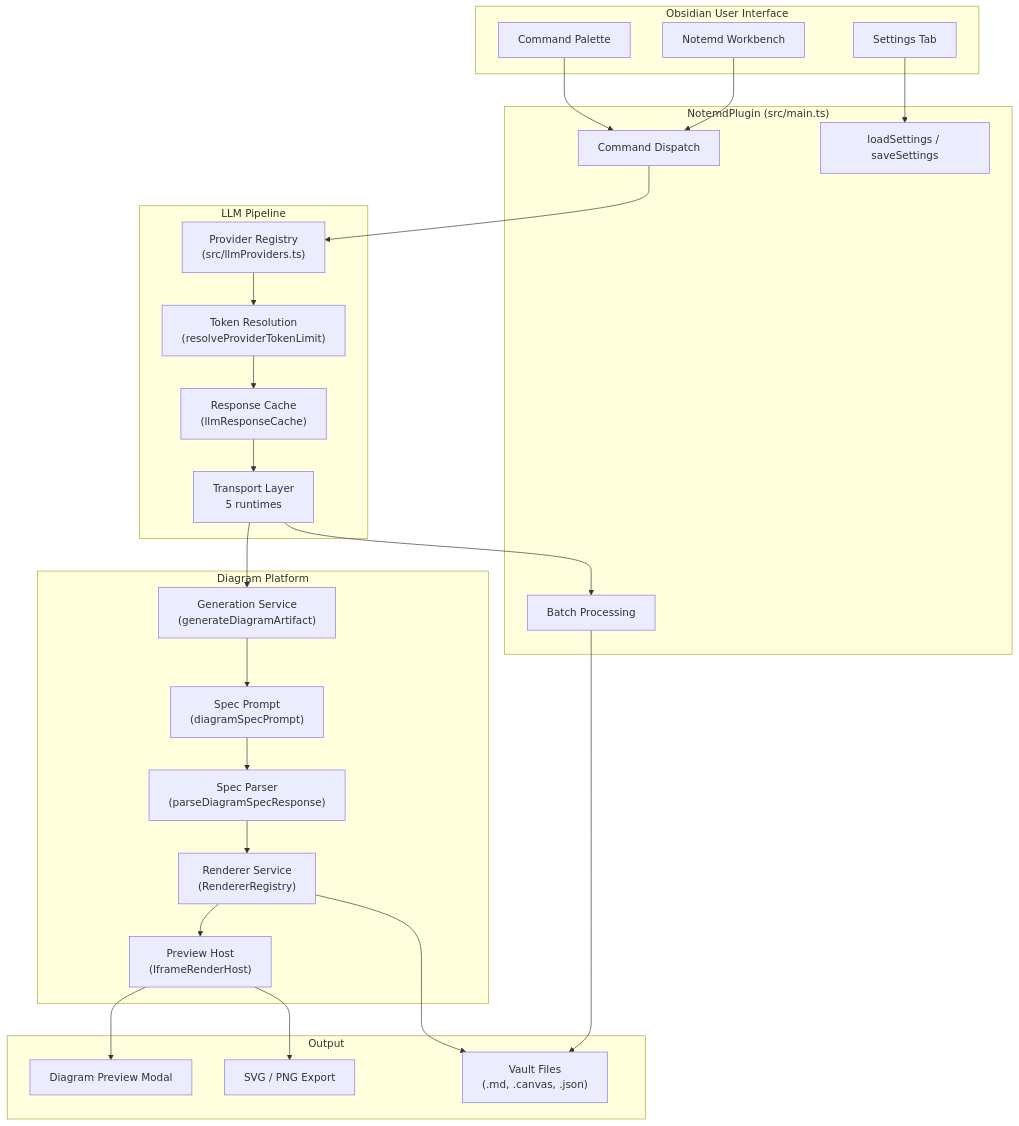
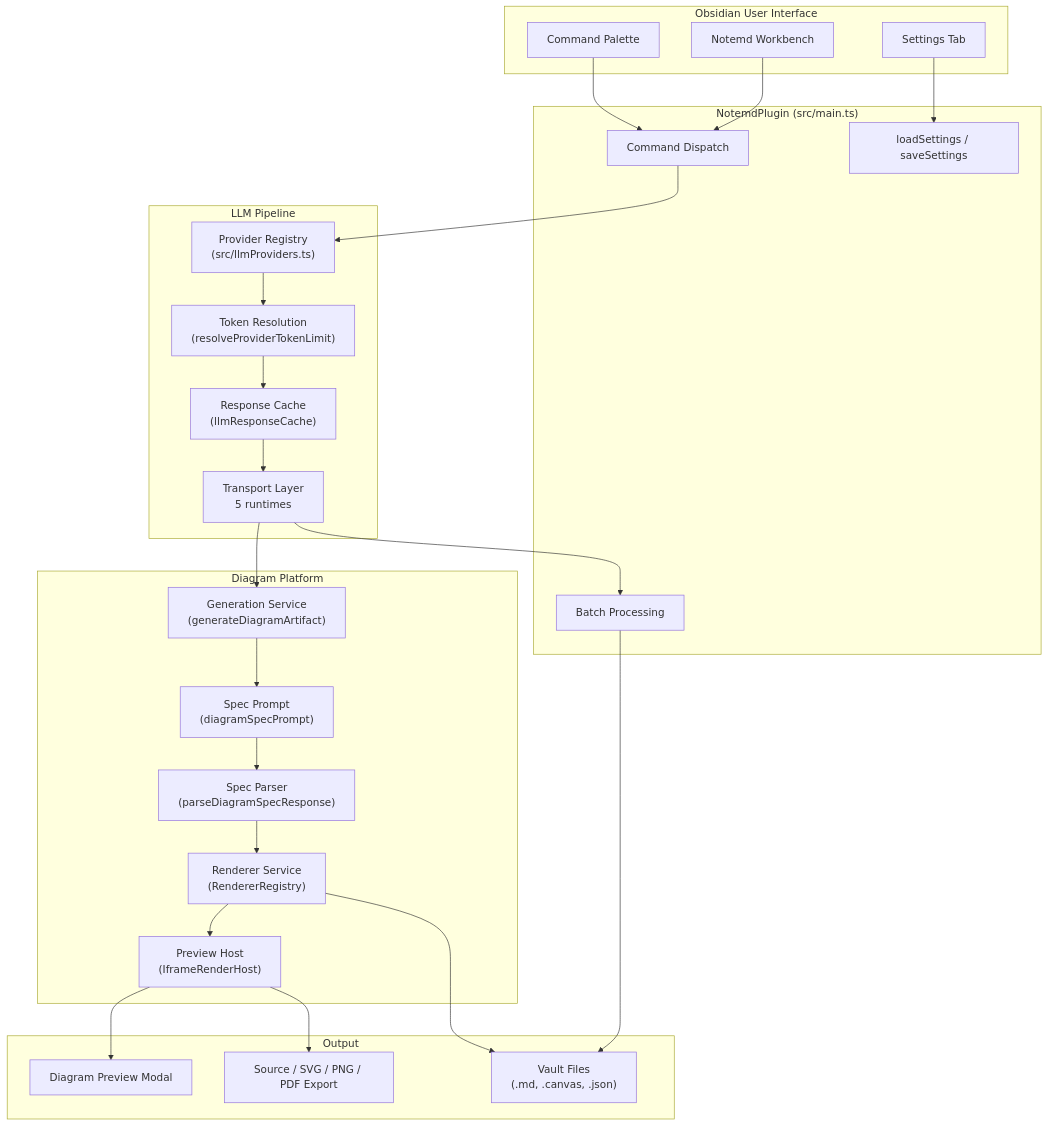
One commit to Jacobinwwey/obsidian-NotEMD changed the first of 3 diagrams in docs/architecture.md. Above: the diagram before and after it, drawn with Mermaid. The commit also changed other lines of this file and 44 other files, not shown here.

First line of the commit message:
fix(diagrams): expose circuitikz render target

````diff
--- a/docs/architecture.md
+++ b/docs/architecture.md
@@ -7,55 +7,55 @@
 ```mermaid
 flowchart TB
     subgraph User["Obsidian User Interface"]
         CMD["Command Palette"]
         SIDEBAR["Notemd Workbench"]
         SETTINGS["Settings Tab"]
     end
 
     subgraph Plugin["NotemdPlugin (src/main.ts)"]
         LOAD["loadSettings / saveSettings"]
         DISPATCH["Command Dispatch"]
         BATCH["Batch Processing"]
     end
 
     subgraph LLM["LLM Pipeline"]
         PROV["Provider Registry<br/>(src/llmProviders.ts)"]
         TOKEN["Token Resolution<br/>(resolveProviderTokenLimit)"]
         CACHE["Response Cache<br/>(llmResponseCache)"]
         TRANS["Transport Layer<br/>5 runtimes"]
     end
 
     subgraph Diagram["Diagram Platform"]
         PROMPT["Spec Prompt<br/>(diagramSpecPrompt)"]
         GEN["Generation Service<br/>(generateDiagramArtifact)"]
         PARSE["Spec Parser<br/>(parseDiagramSpecResponse)"]
         RENDER["Renderer Service<br/>(RendererRegistry)"]
         HOST["Preview Host<br/>(IframeRenderHost)"]
     end
 
     subgraph Output["Output"]
         VAULT["Vault Files<br/>(.md, .canvas, .json)"]
         PREVIEW["Diagram Preview Modal"]
-        EXPORT["SVG / PNG Export"]
+        EXPORT["Source / SVG / PNG / PDF Export"]
     end
 
     CMD --> DISPATCH
     SIDEBAR --> DISPATCH
     SETTINGS --> LOAD
 
     DISPATCH --> PROV
     PROV --> TOKEN
     TOKEN --> CACHE
     CACHE --> TRANS
     TRANS --> GEN
     TRANS --> BATCH
 
     GEN --> PROMPT
     PROMPT --> PARSE
     PARSE --> RENDER
     RENDER --> HOST
     HOST --> PREVIEW
     HOST --> EXPORT
     RENDER --> VAULT
     BATCH --> VAULT
 ```
````
